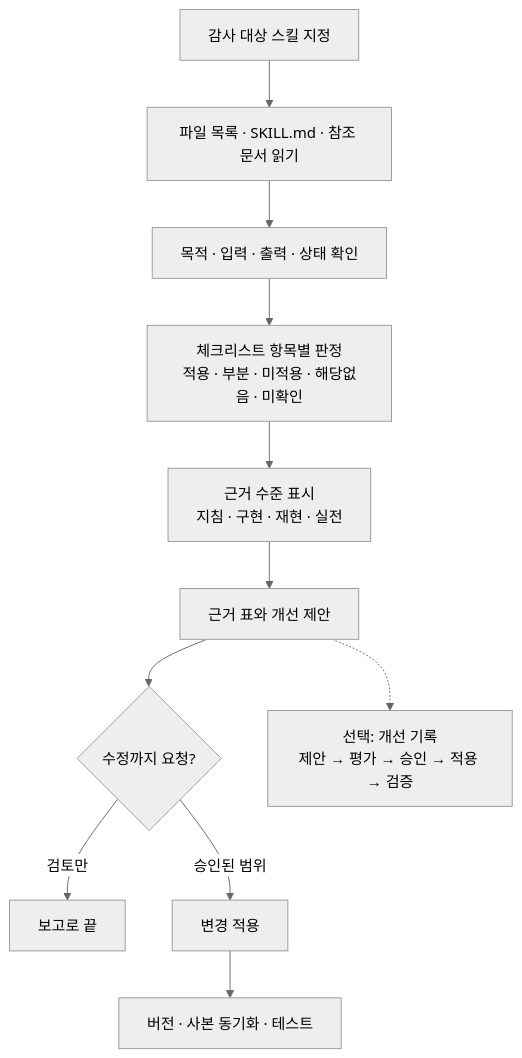
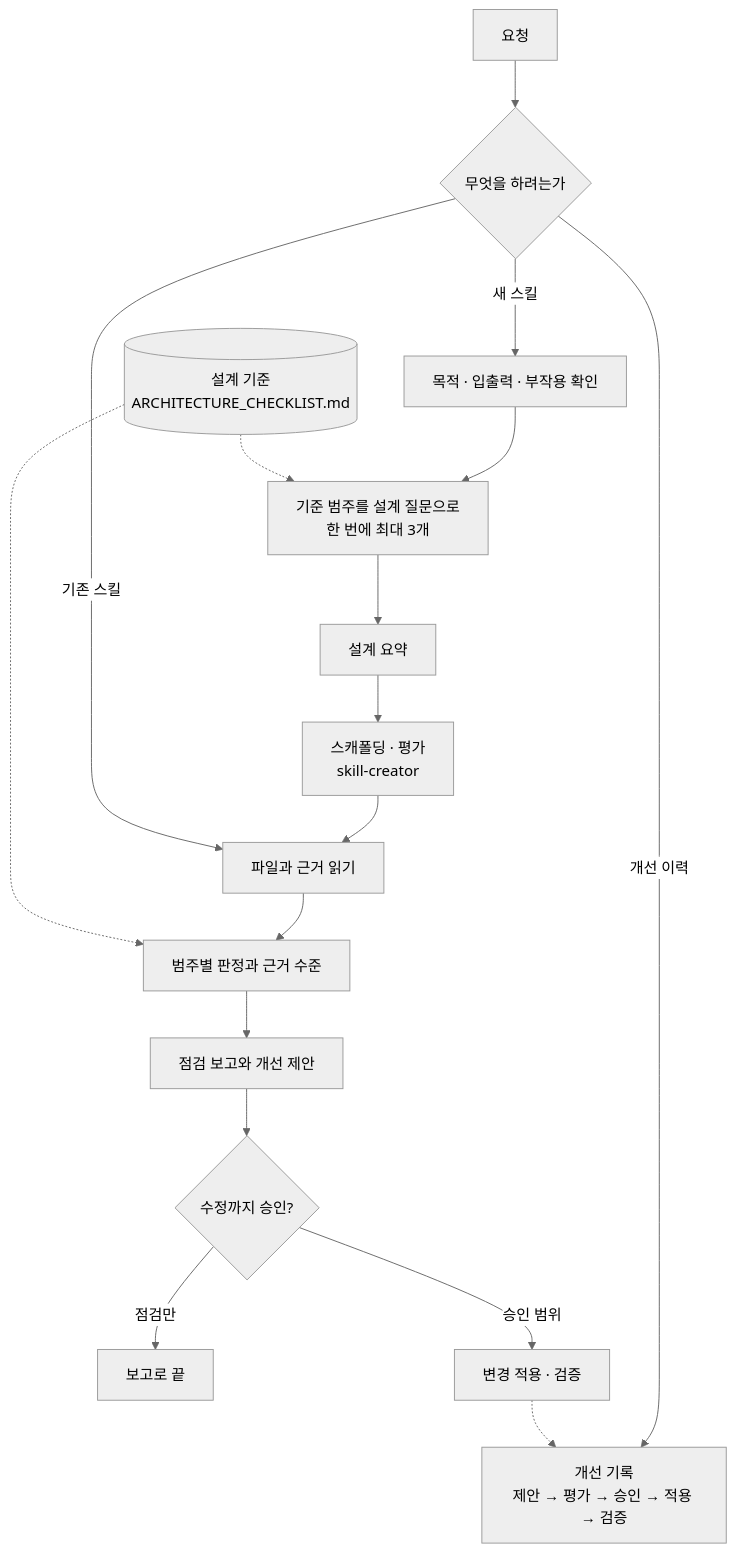
Before and after one commit to seo0tak/agent-skills: the diagram in plugins/skill-architect/skills/skill-architect/README.md, drawn with Mermaid (neutral theme). The commit also changed other lines of this file and 11 other files, not shown here.

First line of the commit message:
docs(skill-architect): 감사 도구가 아니라 스킬 설계 기준으로 재정의 (0.5.0)

````diff
--- a/plugins/skill-architect/skills/skill-architect/README.md
+++ b/plugins/skill-architect/skills/skill-architect/README.md
@@ -11,13 +13,20 @@
 ```mermaid
 flowchart TD
-  start["감사 대상 스킬 지정"] --> read["파일 목록 · SKILL.md · 참조 문서 읽기"]
-  read --> scope["목적 · 입력 · 출력 · 상태 확인"]
-  scope --> check["체크리스트 항목별 판정<br/>적용 · 부분 · 미적용 · 해당없음 · 미확인"]
-  check --> level["근거 수준 표시<br/>지침 · 구현 · 재현 · 실전"]
-  level --> report["근거 표와 개선 제안"]
-  report --> q{"수정까지 요청?"}
-  q -- "검토만" --> done["보고로 끝"]
-  q -- "승인된 범위" --> apply["변경 적용"]
-  apply --> verify["버전 · 사본 동기화 · 테스트"]
-  report -.-> track["선택: 개선 기록<br/>제안 → 평가 → 승인 → 적용 → 검증"]
+  std[("설계 기준<br/>ARCHITECTURE_CHECKLIST.md")]
+  req["요청"] --> kind{"무엇을 하려는가"}
+  kind -- "새 스킬" --> d1["목적 · 입출력 · 부작용 확인"]
+  d1 --> d2["기준 범주를 설계 질문으로<br/>한 번에 최대 3개"]
+  d2 --> d3["설계 요약"]
+  d3 --> d4["스캐폴딩 · 평가<br/>skill-creator"]
+  d4 --> c1
+  kind -- "기존 스킬" --> c1["파일과 근거 읽기"]
+  c1 --> c2["범주별 판정과 근거 수준"]
+  c2 --> c3["점검 보고와 개선 제안"]
+  c3 --> c4{"수정까지 승인?"}
+  c4 -- "점검만" --> done["보고로 끝"]
+  c4 -- "승인 범위" --> c5["변경 적용 · 검증"]
+  kind -- "개선 이력" --> t1["개선 기록<br/>제안 → 평가 → 승인 → 적용 → 검증"]
+  std -.-> d2
+  std -.-> c2
+  c5 -.-> t1
 ```
````
